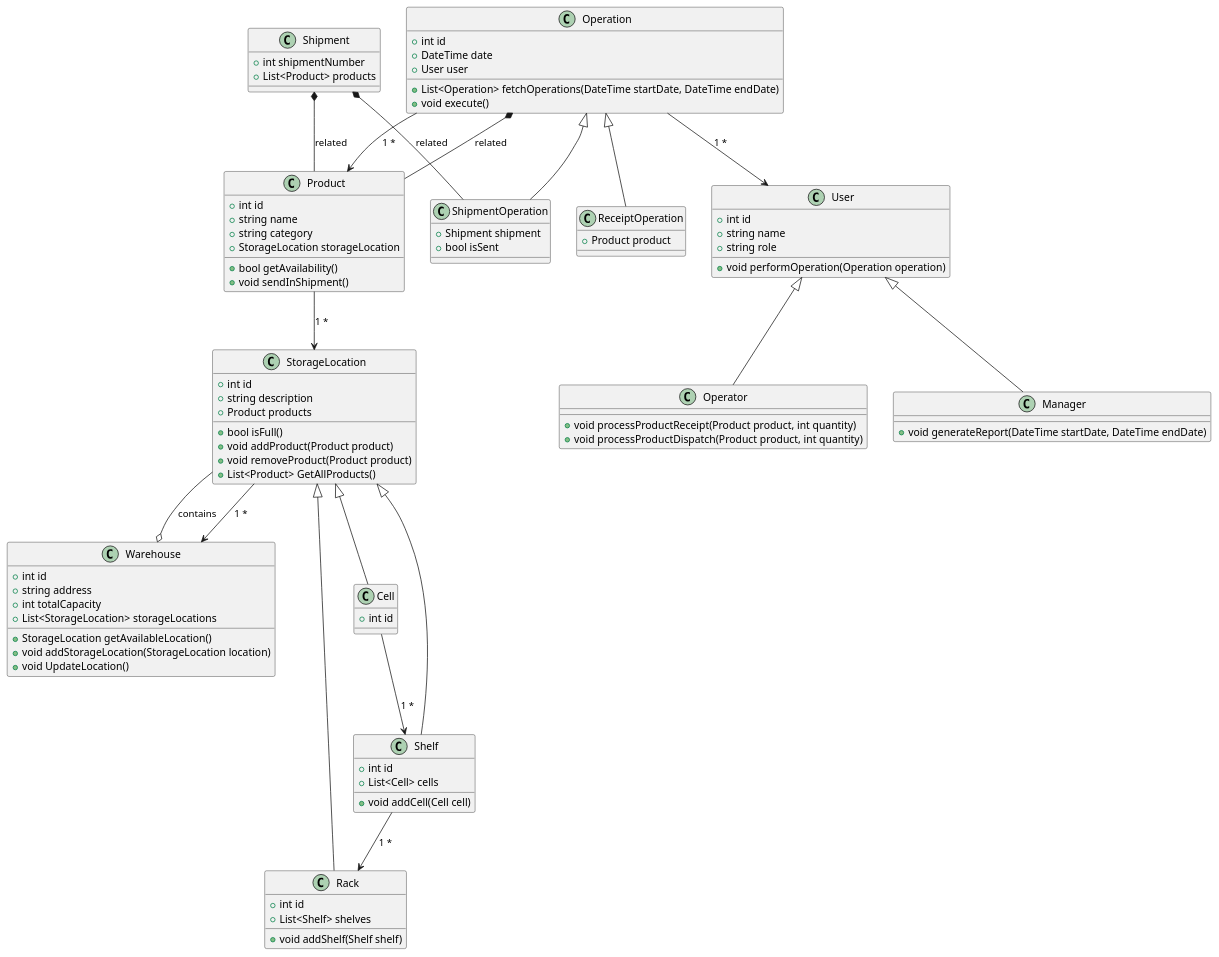
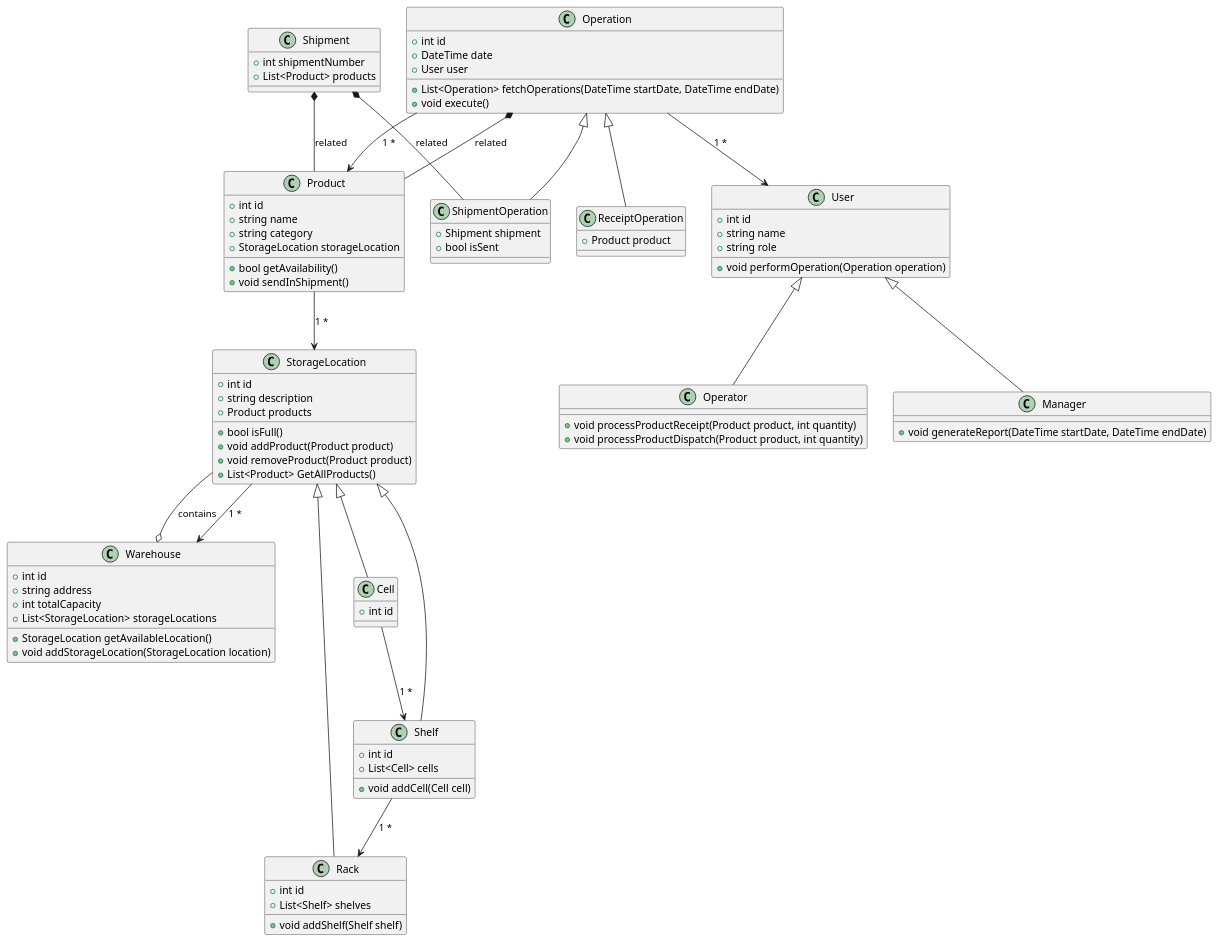
One commit to penamarth/bsbo-01-22_team6_var6 changed the diagram in Модель предметной области.md. Above: the diagram before and after it, drawn with PlantUML. The commit also changed 1 other file, not shown here.

Commit message:
delete update_pr

```diff
--- a/Модель предметной области.md
+++ b/Модель предметной области.md
@@ -18,7 +18,6 @@
     +List<StorageLocation> storageLocations
     +StorageLocation getAvailableLocation()
     +void addStorageLocation(StorageLocation location)
-    +void UpdateLocation()
 }
 
 class Operation {
```
